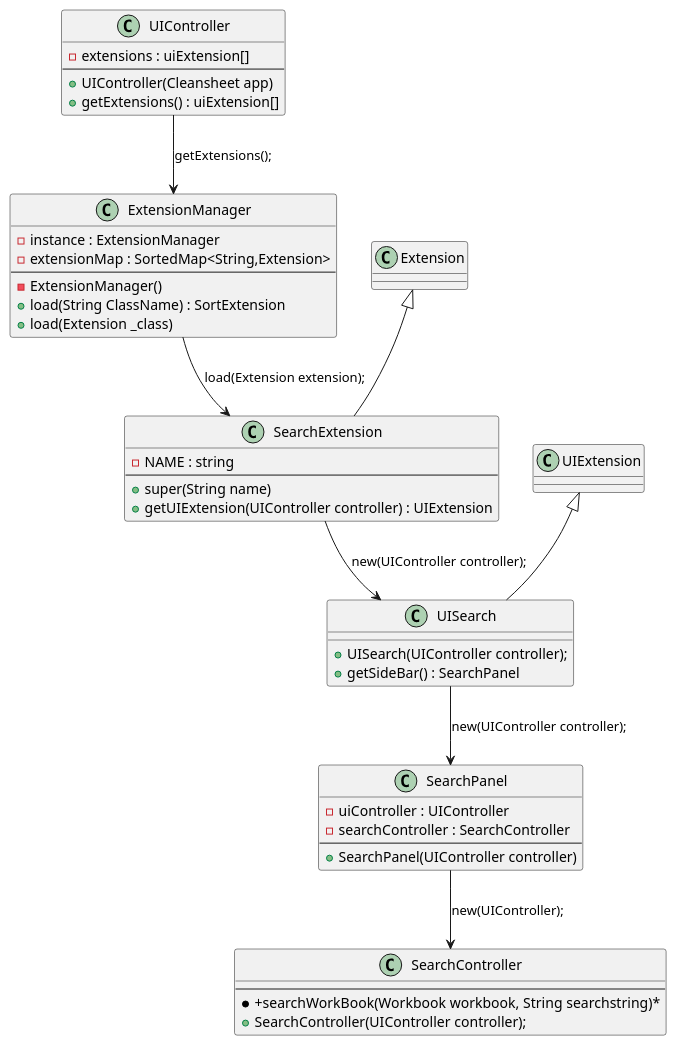
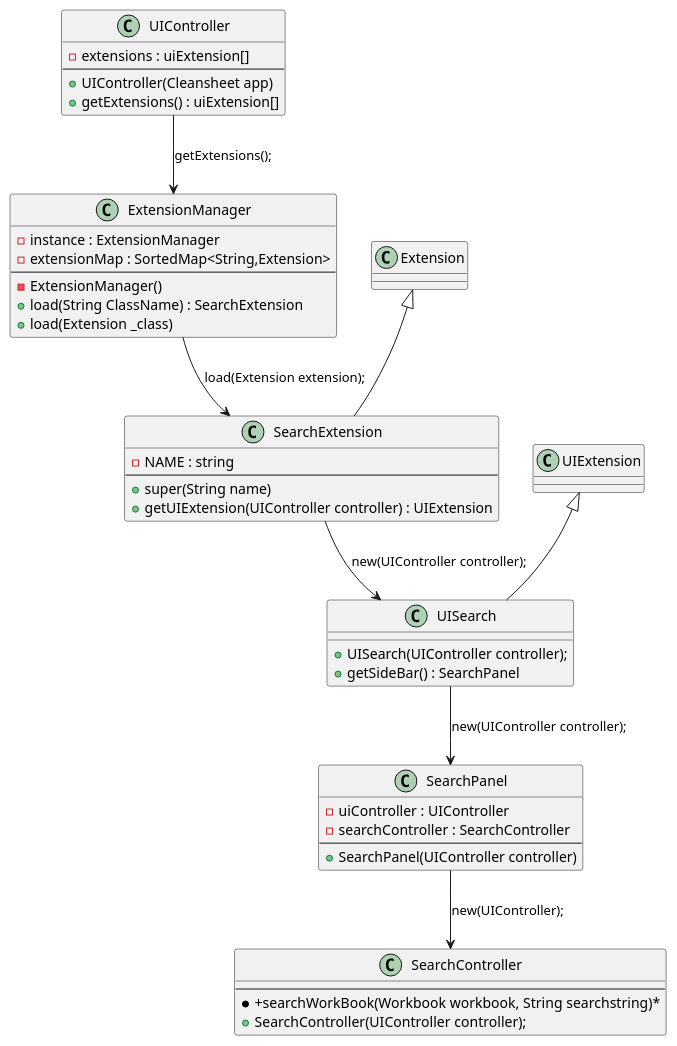
Before and after one commit to RubenTeixeira/cleansheets_isep_2dg_2016: the diagram in src/main/java/csheets/worklog/n1140780/sprint2/core07_01_class_diagram.puml, drawn with PlantUML. The commit also changed 22 other files, not shown here.

```diff
--- a/src/main/java/csheets/worklog/n1140780/sprint2/core07_01_class_diagram.puml
+++ b/src/main/java/csheets/worklog/n1140780/sprint2/core07_01_class_diagram.puml
@@ -1,58 +1,58 @@
 @startuml doc-files/search_class_diagram.png
 
 class UIController {
 	-extensions : uiExtension[]
 	--
 	+UIController(Cleansheet app)
 	+getExtensions() : uiExtension[]
 }
 
 class ExtensionManager {
 	-instance : ExtensionManager
 	-extensionMap : SortedMap<String,Extension>
 	--
 	-ExtensionManager()
-	+load(String ClassName) : SortExtension
+	+load(String ClassName) : SearchExtension
 	+load(Extension _class)
 }
 
 class Extension{
 }
 
 class SearchExtension{
 	-NAME : string
 	--
 	+super(String name)
 	+getUIExtension(UIController controller) : UIExtension
 }
 
 class UIExtension{
 }
 
 class UISearch{
 	+UISearch(UIController controller);
 	+getSideBar() : SearchPanel
 }
 
 class SearchPanel{
 	-uiController : UIController
 	-searchController : SearchController
 	--
 	+SearchPanel(UIController controller)
 }
 
 class SearchController{
 	--
 	*+searchWorkBook(Workbook workbook, String searchstring)*
 	+SearchController(UIController controller);
 }
 
 Extension <|-- SearchExtension
 UIExtension <|-- UISearch
 UIController --> ExtensionManager : getExtensions();
 ExtensionManager --> SearchExtension : load(Extension extension);
 SearchExtension --> UISearch : new(UIController controller);
 UISearch --> SearchPanel : new(UIController controller);
 SearchPanel --> SearchController : new(UIController);
 
 @enduml
```
